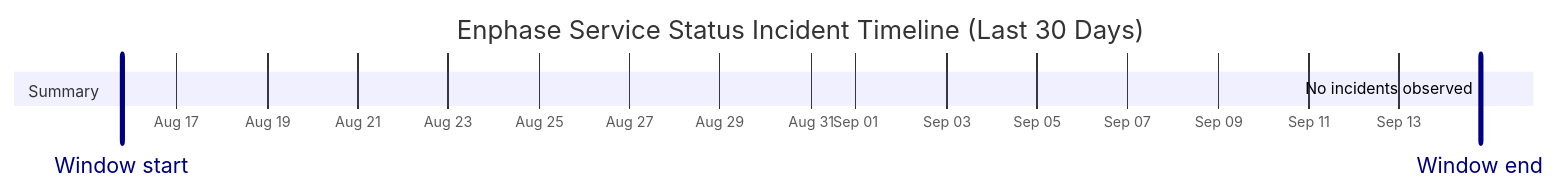
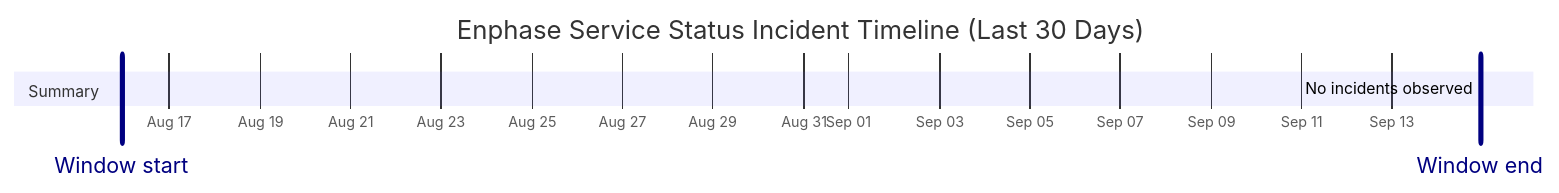
One commit to barneyonline/ha-enphase-energy changed the diagram in wiki/Service-Status-History.md. Above: the diagram before and after it, drawn with Mermaid. The commit also changed other lines of this file and 3 other files, not shown here.

````diff
--- a/wiki/Service-Status-History.md
+++ b/wiki/Service-Status-History.md
@@ -14,10 +14,10 @@
 ```mermaid
 gantt
     title Enphase Service Status Incident Timeline (Last 30 Days)
     dateFormat  YYYY-MM-DDTHH:mm:ss
     axisFormat  %b %d
-    Window start :vert, window-start, 2026-08-15T19:01:25, 0ms
-    Window end :vert, window-end, 2026-09-14T19:01:25, 0ms
+    Window start :vert, window-start, 2026-08-15T22:37:46, 0ms
+    Window end :vert, window-end, 2026-09-14T22:37:46, 0ms
     section Summary
-    No incidents observed :done, 2026-09-14T19:01:25, 1m
+    No incidents observed :done, 2026-09-14T22:37:46, 1m
 ```
````
